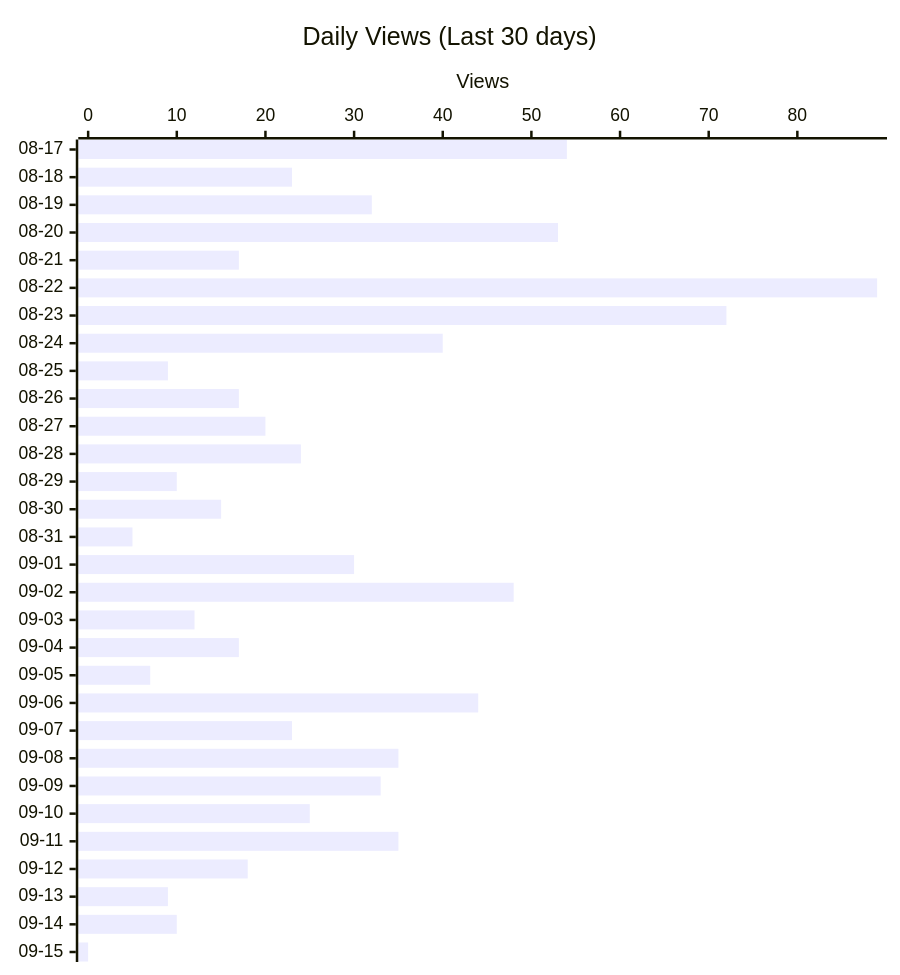
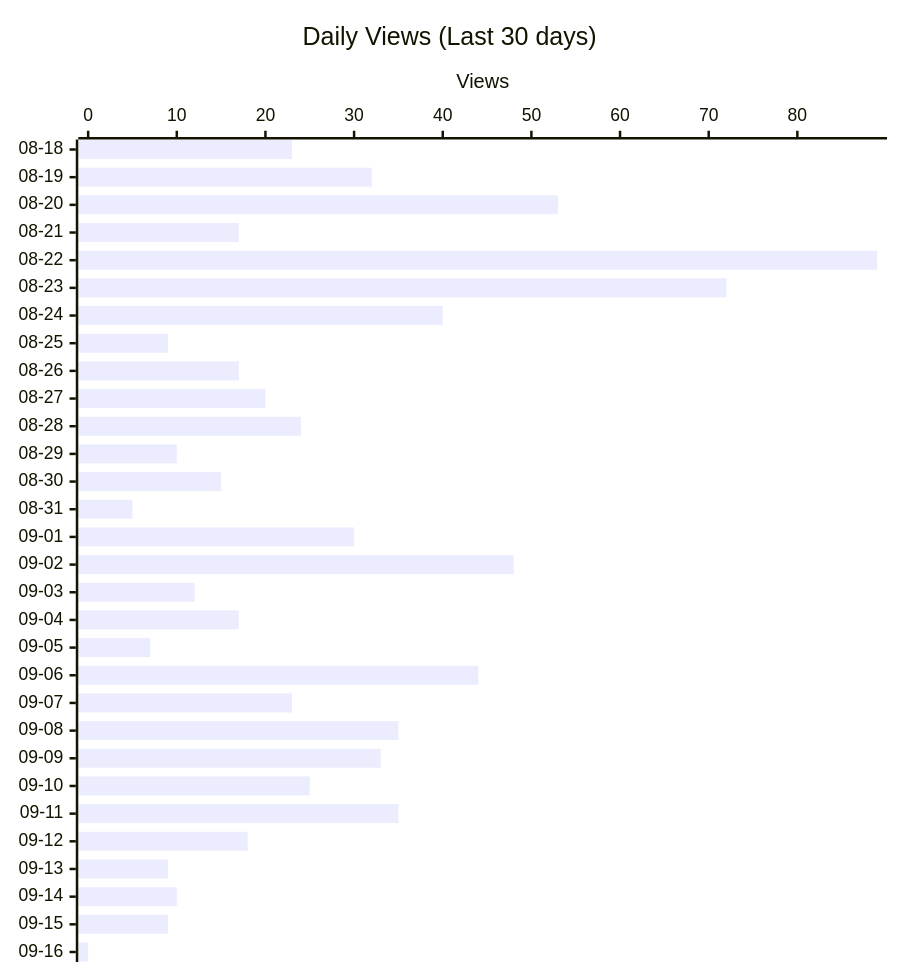
Before and after one commit to shigechika/github-insights: the second of 4 diagrams in README.md, drawn with Mermaid. The commit also changed other lines of this file and 2 other files, not shown here.

````diff
--- a/README.md
+++ b/README.md
@@ -28,12 +28,12 @@
 ```mermaid
 ---
 config:
   xyChart:
     height: 760
 ---
 xychart-beta horizontal
     title "Daily Views (Last 30 days)"
-    x-axis ["08-17", "08-18", "08-19", "08-20", "08-21", "08-22", "08-23", "08-24", "08-25", "08-26", "08-27", "08-28", "08-29", "08-30", "08-31", "09-01", "09-02", "09-03", "09-04", "09-05", "09-06", "09-07", "09-08", "09-09", "09-10", "09-11", "09-12", "09-13", "09-14", "09-15"]
+    x-axis ["08-18", "08-19", "08-20", "08-21", "08-22", "08-23", "08-24", "08-25", "08-26", "08-27", "08-28", "08-29", "08-30", "08-31", "09-01", "09-02", "09-03", "09-04", "09-05", "09-06", "09-07", "09-08", "09-09", "09-10", "09-11", "09-12", "09-13", "09-14", "09-15", "09-16"]
     y-axis "Views"
-    bar [54, 23, 32, 53, 17, 89, 72, 40, 9, 17, 20, 24, 10, 15, 5, 30, 48, 12, 17, 7, 44, 23, 35, 33, 25, 35, 18, 9, 10, 0]
+    bar [23, 32, 53, 17, 89, 72, 40, 9, 17, 20, 24, 10, 15, 5, 30, 48, 12, 17, 7, 44, 23, 35, 33, 25, 35, 18, 9, 10, 9, 0]
 ```
````
